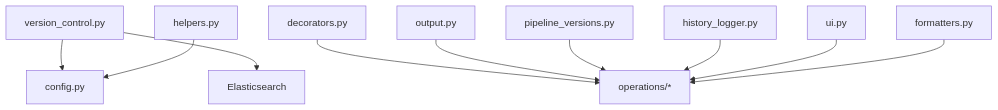
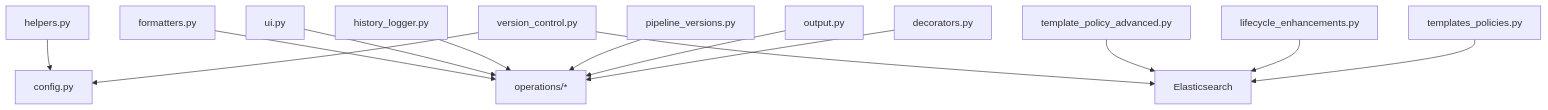
Diagram 16 of 16 in .qoder/repowiki/en/content/Utility Functions and Helpers.md (austinsonger/elastic-janitor), drawn with Mermaid before and after one commit. The commit also changed other lines of this file and 51 other files, not shown here.

````diff
--- a/.qoder/repowiki/en/content/Utility Functions and Helpers.md
+++ b/.qoder/repowiki/en/content/Utility Functions and Helpers.md
@@ -467,12 +753,15 @@
 ```mermaid
 graph TB
 H["helpers.py"] --> CFG["config.py"]
 F["formatters.py"] --> OPS["operations/*"]
 UI["ui.py"] --> OPS
 HL["history_logger.py"] --> OPS
 PV["pipeline_versions.py"] --> OPS
 VC["version_control.py"] --> ES["Elasticsearch"]
 VC --> CFG
 OUT["output.py"] --> OPS
 DEC["decorators.py"] --> OPS
+TPA["template_policy_advanced.py"] --> ES
+LE["lifecycle_enhancements.py"] --> ES
+TP["templates_policies.py"] --> ES
 ```
````
